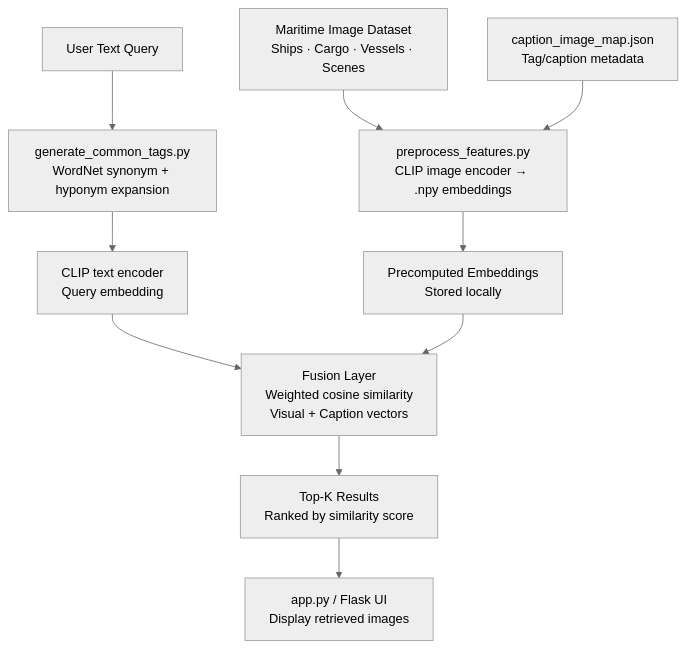
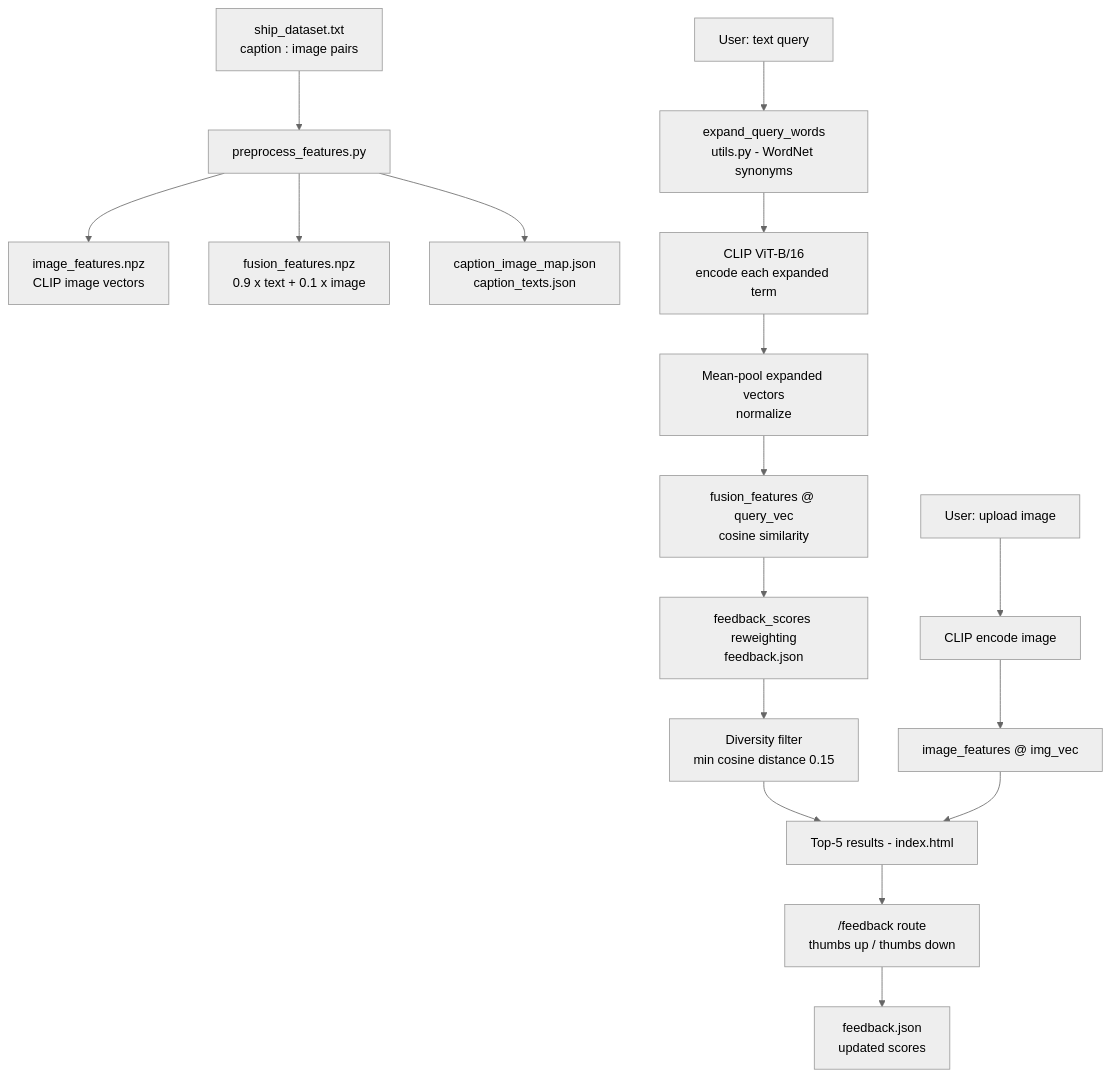
One commit to Munazil1/offline_clip_image_search_with_custom_maritime_dataset1 changed the diagram in README.md. Above: the diagram before and after it, drawn with Mermaid (neutral theme). The commit also changed other lines of this file, not shown here.

````diff
--- a/README.md
+++ b/README.md
@@ -21,12 +27,34 @@
 ```mermaid
 flowchart TD
-    A[Maritime Image Dataset<br/>Ships · Cargo · Vessels · Scenes] --> B[preprocess_features.py<br/>CLIP image encoder → .npy embeddings]
-    C[caption_image_map.json<br/>Tag/caption metadata] --> B
-    B --> D[Precomputed Embeddings<br/>Stored locally]
-    E[User Text Query] --> F[generate_common_tags.py<br/>WordNet synonym + hyponym expansion]
-    F --> G[CLIP text encoder<br/>Query embedding]
-    G --> H[Fusion Layer<br/>Weighted cosine similarity<br/>Visual + Caption vectors]
-    D --> H
-    H --> I[Top-K Results<br/>Ranked by similarity score]
-    I --> J[app.py / Flask UI<br/>Display retrieved images]
+    A["ship_dataset.txt
+caption : image pairs"] --> B[preprocess_features.py]
+    B --> C1["image_features.npz
+CLIP image vectors"]
+    B --> C2["fusion_features.npz
+0.9 x text + 0.1 x image"]
+    B --> C3["caption_image_map.json
+caption_texts.json"]
+
+    D[User: text query] --> E["expand_query_words
+utils.py - WordNet synonyms"]
+    E --> F["CLIP ViT-B/16
+encode each expanded term"]
+    F --> G["Mean-pool expanded vectors
+normalize"]
+    G --> H["fusion_features @ query_vec
+cosine similarity"]
+    H --> I["feedback_scores reweighting
+feedback.json"]
+    I --> J["Diversity filter
+min cosine distance 0.15"]
+    J --> K[Top-5 results - index.html]
+
+    D2[User: upload image] --> F2[CLIP encode image]
+    F2 --> H2["image_features @ img_vec"]
+    H2 --> K
+
+    K --> L["/feedback route
+thumbs up / thumbs down"]
+    L --> M["feedback.json
+updated scores"]
 ```
````
